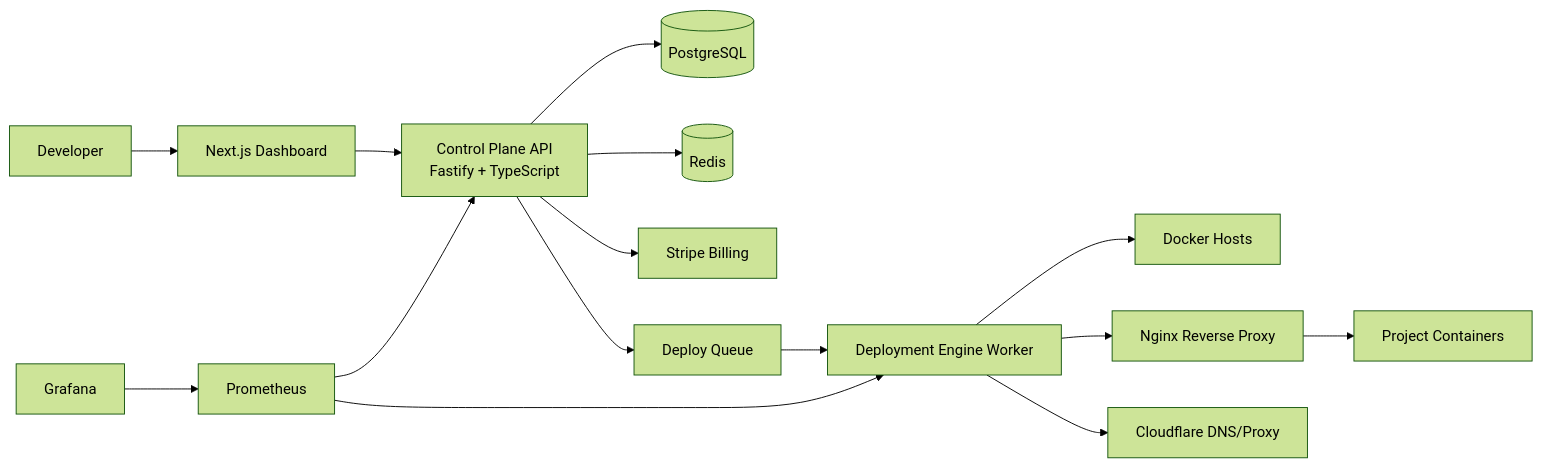
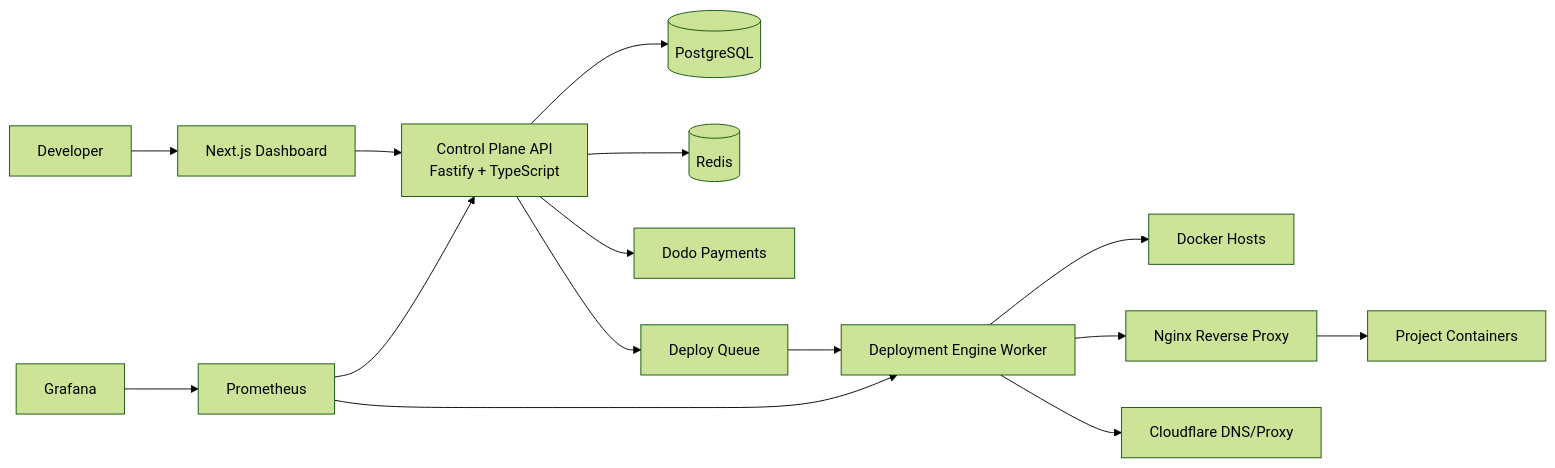
The first of 2 diagrams in docs/architecture.md (Adarshagupta/Apployd.com), drawn with Mermaid (forest theme) before and after one commit. The commit also changed other lines of this file and 22 other files, not shown here.

````diff
--- a/docs/architecture.md
+++ b/docs/architecture.md
@@ -5,17 +5,17 @@
 ```mermaid
 flowchart LR
   User[Developer] --> Dashboard[Next.js Dashboard]
   Dashboard --> API[Control Plane API\nFastify + TypeScript]
   API --> Postgres[(PostgreSQL)]
   API --> Redis[(Redis)]
-  API --> Stripe[Stripe Billing]
+  API --> Billing[Dodo Payments]
   API --> Queue[Deploy Queue]
   Queue --> Engine[Deployment Engine Worker]
   Engine --> Docker[Docker Hosts]
   Engine --> Nginx[Nginx Reverse Proxy]
   Engine --> CF[Cloudflare DNS/Proxy]
   Nginx --> Apps[Project Containers]
   Prom[Prometheus] --> API
   Prom --> Engine
   Grafana --> Prom
 ```
````
